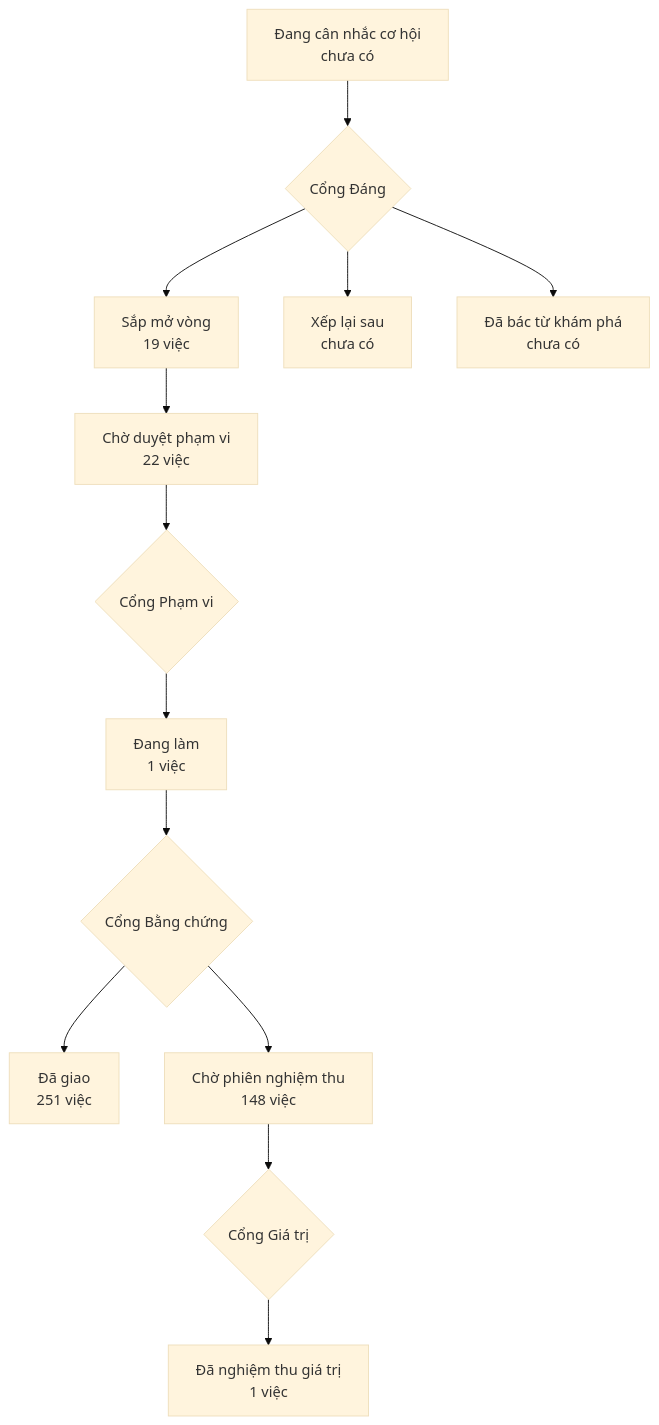
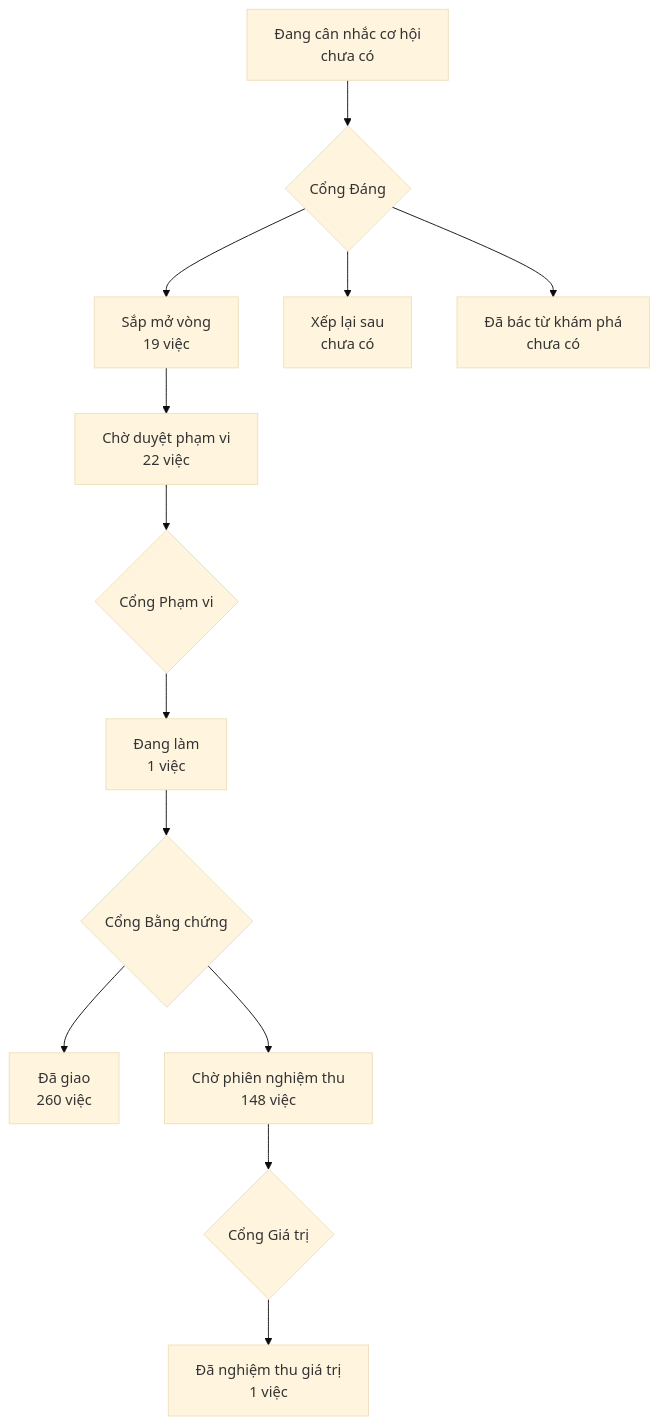
Before and after one commit to phanlemanh/onehub-invest: the diagram in PRODUCT-MAP.md, drawn with Mermaid (base theme). The commit also changed other lines of this file and 1 other file, not shown here.

````diff
--- a/PRODUCT-MAP.md
+++ b/PRODUCT-MAP.md
@@ -7,12 +7,12 @@
 ```mermaid
 flowchart TD
   A["Đang cân nhắc cơ hội<br/>chưa có"] --> GD{"Cổng Đáng"}
   GD --> B["Sắp mở vòng<br/>19 việc"]
   GD --> XL["Xếp lại sau<br/>chưa có"]
   GD --> DB["Đã bác từ khám phá<br/>chưa có"]
   B --> CD["Chờ duyệt phạm vi<br/>22 việc"] --> GP{"Cổng Phạm vi"}
   GP --> DL["Đang làm<br/>1 việc"] --> GB{"Cổng Bằng chứng"}
-  GB --> DG["Đã giao<br/>251 việc"]
+  GB --> DG["Đã giao<br/>260 việc"]
   GB --> CN["Chờ phiên nghiệm thu<br/>148 việc"] --> GG{"Cổng Giá trị"}
   GG --> NT["Đã nghiệm thu giá trị<br/>1 việc"]
 ```
````
